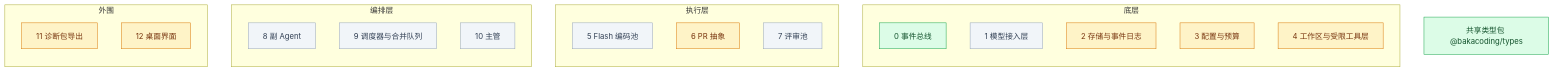
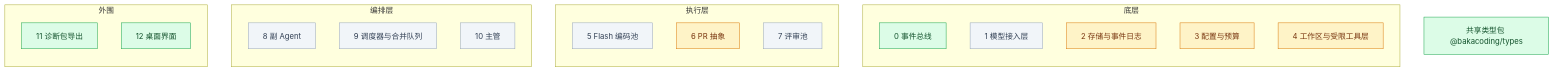
One commit to Akarin7784/BakaCoding changed the diagram in docs/progress.md. Above: the diagram before and after it, drawn with Mermaid. The commit also changed other lines of this file, not shown here.

````diff
--- a/docs/progress.md
+++ b/docs/progress.md
@@ -11,33 +11,33 @@
 ```mermaid
 flowchart BT
   subgraph 底层
     M0[0 事件总线]
     M1[1 模型接入层]
     M2[2 存储与事件日志]
     M3[3 配置与预算]
     M4[4 工作区与受限工具层]
   end
   subgraph 执行层
     M5[5 Flash 编码池]
     M6[6 PR 抽象]
     M7[7 评审池]
   end
   subgraph 编排层
     M8[8 副 Agent]
     M9[9 调度器与合并队列]
     M10[10 主管]
   end
   subgraph 外围
     M11[11 诊断包导出]
     M12[12 桌面界面]
   end
   T[共享类型包 @bakacoding/types]
 
   classDef todo fill:#f1f5f9,stroke:#94a3b8,color:#334155
   classDef doing fill:#fef3c7,stroke:#d97706,color:#78350f
   classDef done fill:#dcfce7,stroke:#16a34a,color:#14532d
 
-  class M0,T done
-  class M2,M3,M4,M6,M11,M12 doing
+  class M0,M11,M12,T done
+  class M2,M3,M4,M6 doing
   class M1,M5,M7,M8,M9,M10 todo
 ```
````
